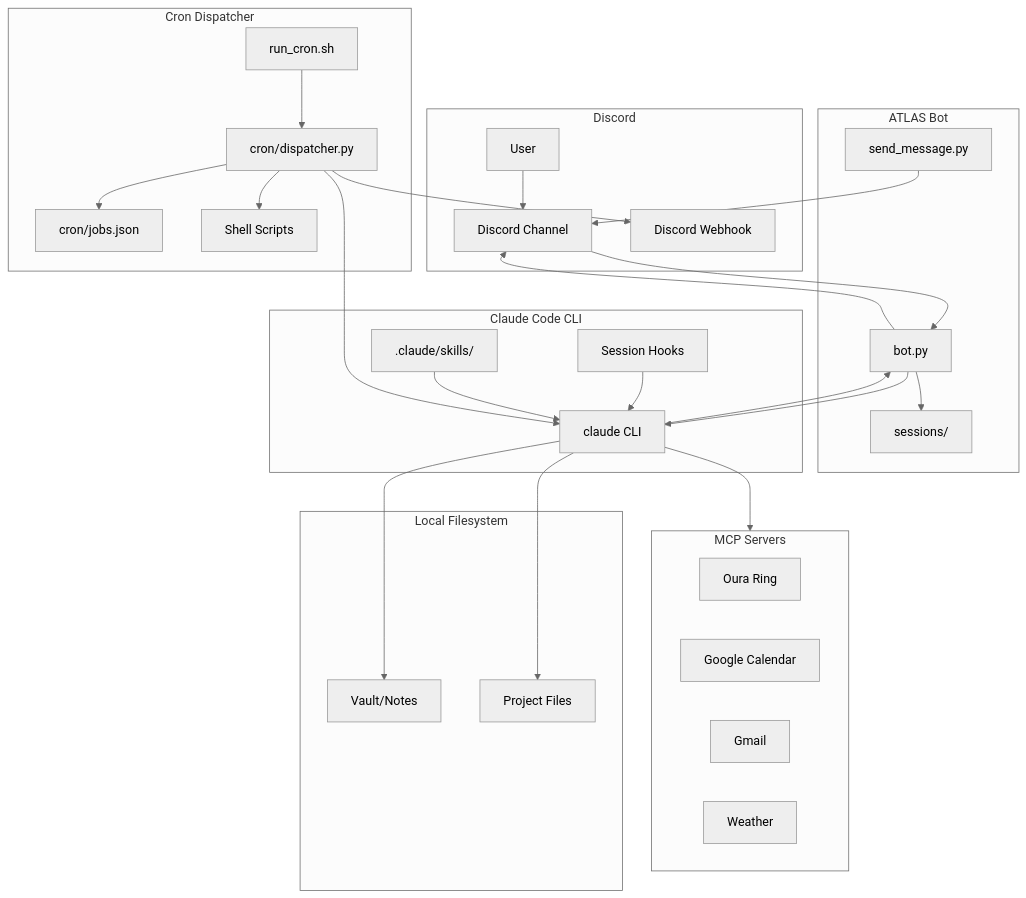
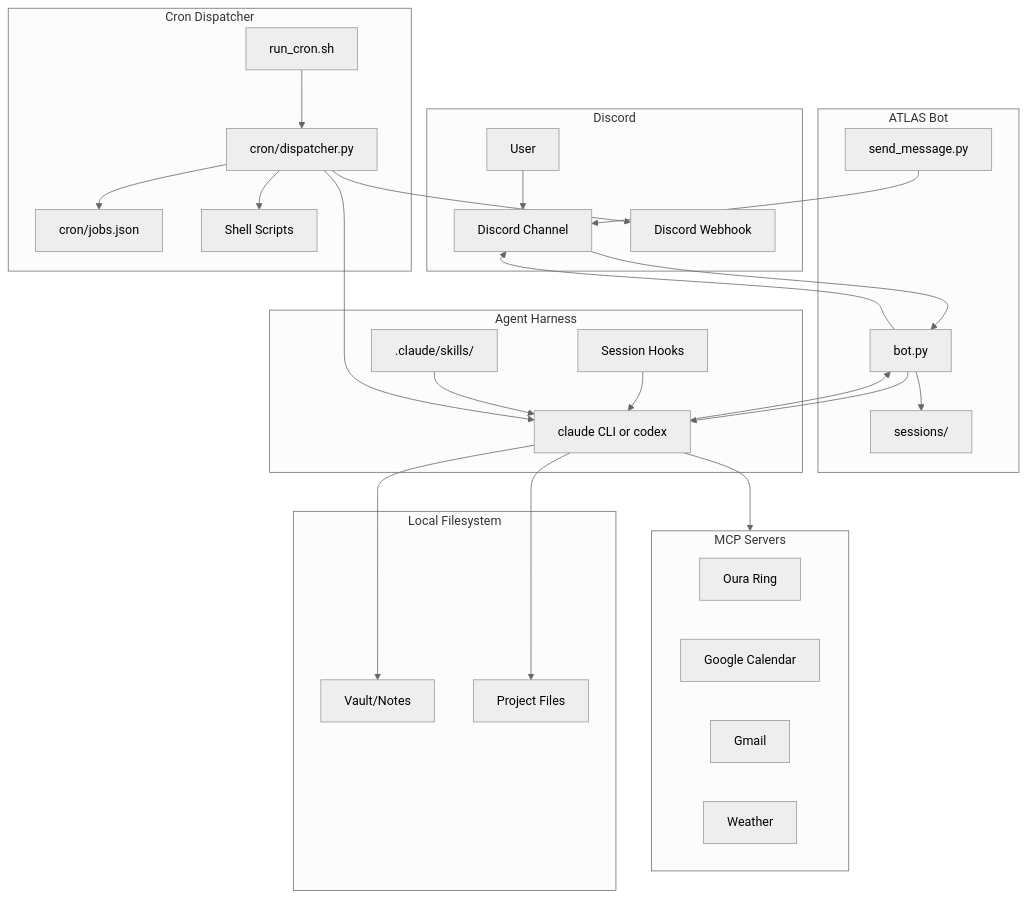
Before and after one commit to jamesmoon2/ATLAS-bot: the first of 5 diagrams in README.md, drawn with Mermaid (neutral theme). The commit also changed other lines of this file and 26 other files, not shown here.

Commit message:
feat: add codex harness support and harden atlas skills

````diff
--- a/README.md
+++ b/README.md
@@ -12,57 +12,57 @@
 ```mermaid
 flowchart TB
     subgraph Discord
         User[User]
         Channel[Discord Channel]
         Webhook[Discord Webhook]
     end
 
     subgraph ATLAS[ATLAS Bot]
         Bot[bot.py]
         Sessions[sessions/]
         SendMsg[send_message.py]
     end
 
     subgraph Cron[Cron Dispatcher]
         RunCron[run_cron.sh]
         Dispatcher[cron/dispatcher.py]
         Jobs[cron/jobs.json]
         Scripts[Shell Scripts]
     end
 
-    subgraph CLI[Claude Code CLI]
-        Claude[claude CLI]
+    subgraph CLI[Agent Harness]
+        Claude[claude CLI or codex]
         Hooks[Session Hooks]
         Skills[.claude/skills/]
     end
 
     subgraph MCP[MCP Servers]
         Oura[Oura Ring]
         Calendar[Google Calendar]
         Gmail[Gmail]
         Weather[Weather]
     end
 
     subgraph FS[Local Filesystem]
         Vault[Vault/Notes]
         Files[Project Files]
     end
 
     User --> Channel
     Channel --> Bot
     Bot --> Claude
     Bot --> Sessions
     Claude --> Vault
     Claude --> Files
     Claude --> MCP
     Hooks --> Claude
     Skills --> Claude
     Claude --> Bot
     Bot --> Channel
     RunCron --> Dispatcher
     Dispatcher --> Jobs
     Dispatcher --> Claude
     Dispatcher --> Scripts
     Dispatcher --> Webhook
     SendMsg --> Channel
 ```
````
